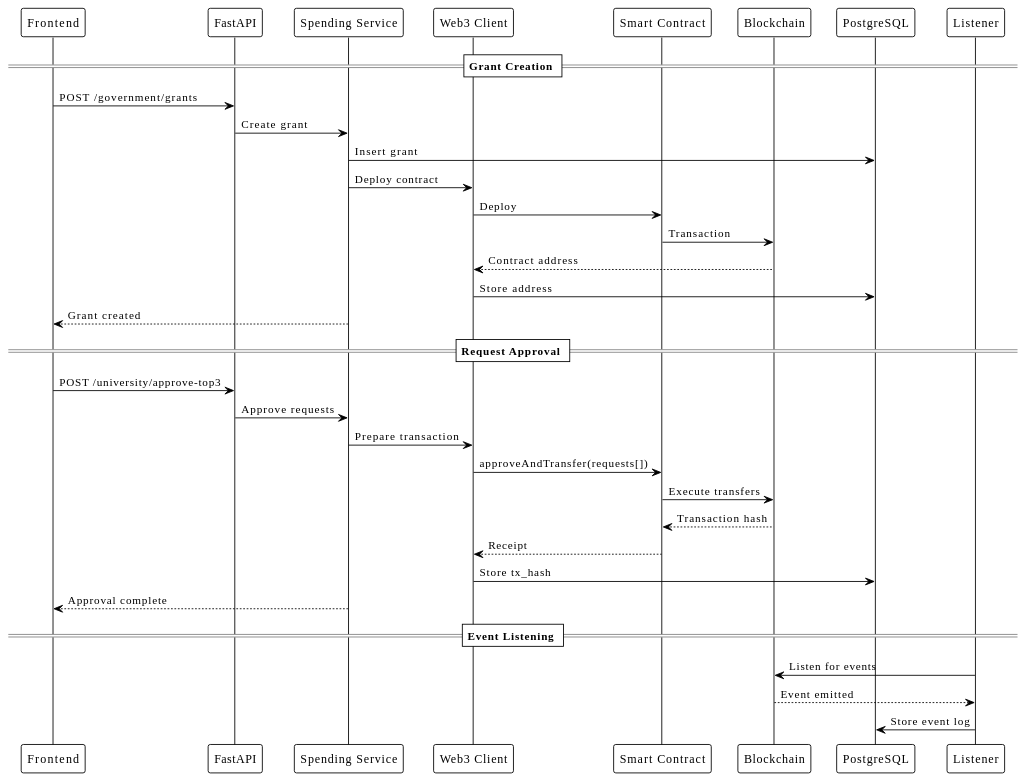
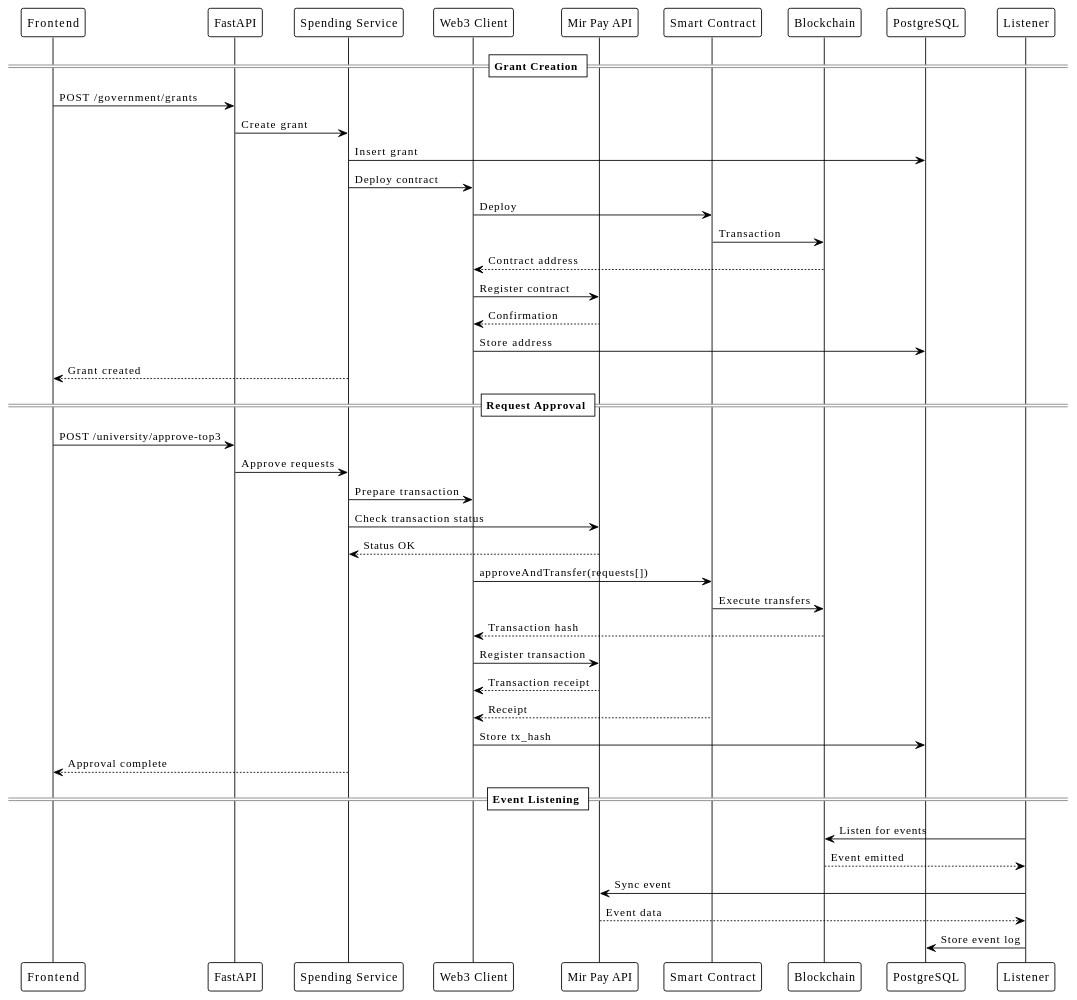
Diagram 16 of 23 in UML_DIAGRAMS.md (The-United-Nation-of-Monkeys/hmu-front), drawn with PlantUML before and after one commit. The commit also changed other lines of this file, not shown here.

Commit message:
diagrams

````diff
--- a/UML_DIAGRAMS.md
+++ b/UML_DIAGRAMS.md
@@ -770,41 +775,50 @@
 ```plantuml
 @startuml Smart Contract Flow
 !theme plain
 
 participant "Frontend" as FE
 participant "FastAPI" as API
 participant "Spending Service" as Service
 participant "Web3 Client" as Web3
+participant "Mir Pay API" as MirPay
 participant "Smart Contract" as Contract
 participant "Blockchain" as Chain
 participant "PostgreSQL" as DB
 
 == Grant Creation ==
 FE -> API: POST /government/grants
 API -> Service: Create grant
 Service -> DB: Insert grant
 Service -> Web3: Deploy contract
 Web3 -> Contract: Deploy
 Contract -> Chain: Transaction
 Chain --> Web3: Contract address
+Web3 -> MirPay: Register contract
+MirPay --> Web3: Confirmation
 Web3 -> DB: Store address
 Service --> FE: Grant created
 
 == Request Approval ==
 FE -> API: POST /university/approve-top3
 API -> Service: Approve requests
 Service -> Web3: Prepare transaction
+Service -> MirPay: Check transaction status
+MirPay --> Service: Status OK
 Web3 -> Contract: approveAndTransfer(requests[])
 Contract -> Chain: Execute transfers
-Chain --> Contract: Transaction hash
+Chain --> Web3: Transaction hash
+Web3 -> MirPay: Register transaction
+MirPay --> Web3: Transaction receipt
 Contract --> Web3: Receipt
 Web3 -> DB: Store tx_hash
 Service --> FE: Approval complete
 
 == Event Listening ==
 Listener -> Chain: Listen for events
 Chain --> Listener: Event emitted
+Listener -> MirPay: Sync event
+MirPay --> Listener: Event data
 Listener -> DB: Store event log
 
 @enduml
 ```
````
